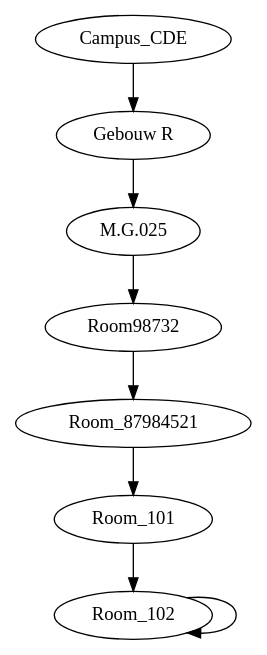
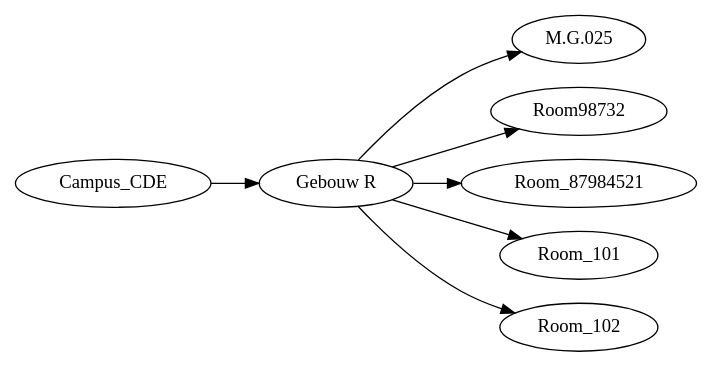
Before and after one commit to Daniel-Coder-BB/Project_Software_Engineer: the diagram in structure.dot, drawn with Graphviz. The commit also changed 2 other files, not shown here.

```diff
--- a/structure.dot
+++ b/structure.dot
@@ -1,11 +1,12 @@
 digraph G {
+
+    rankdir=LR;
 
     "Campus_CDE" -> "Gebouw R";
     "Gebouw R" -> "M.G.025";
-    "M.G.025" -> "Room98732";
-    "Room98732" -> "Room_87984521";
-    "Room_87984521" -> "Room_101";
-    "Room_101" -> "Room_102";
-    "Room_102" -> "Room_102";
+    "Gebouw R" -> "Room98732";
+    "Gebouw R" -> "Room_87984521";
+    "Gebouw R" -> "Room_101";
+    "Gebouw R" -> "Room_102";
 
 }
```
